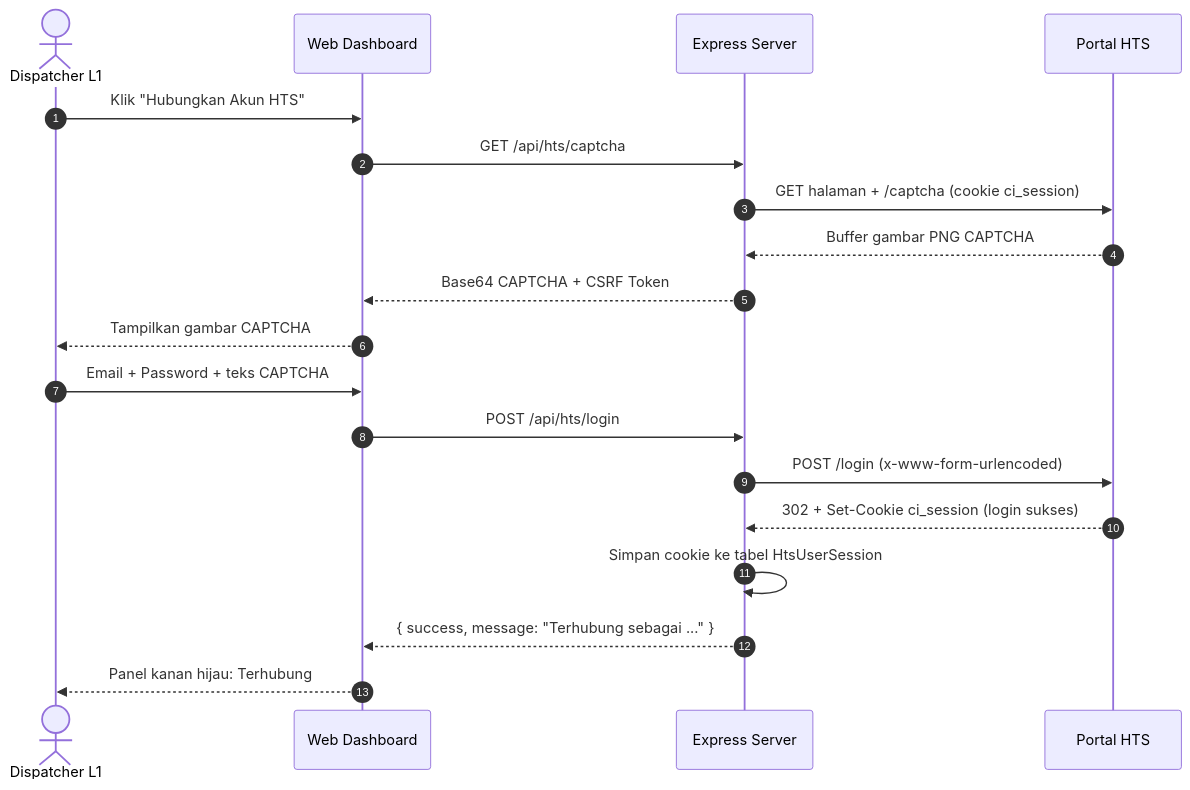
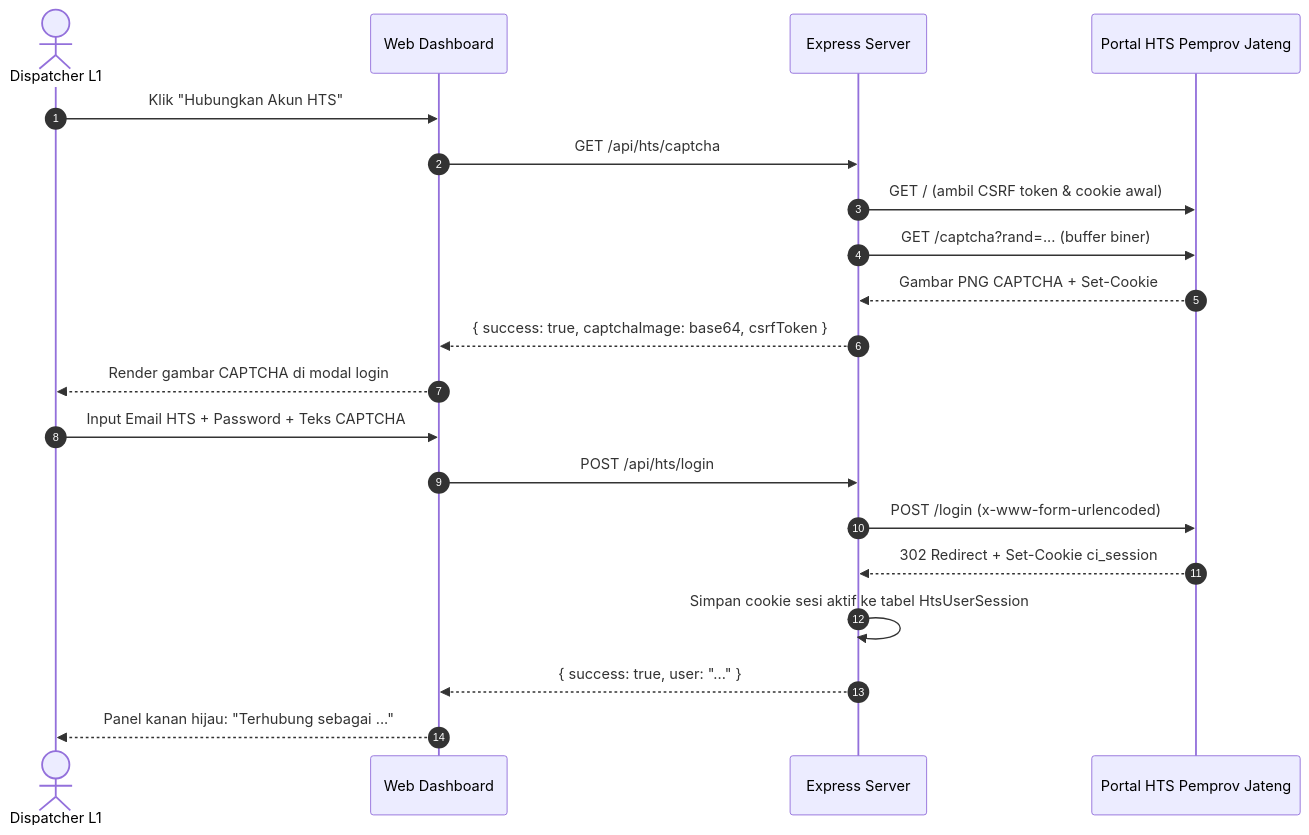
The fifth of 7 diagrams in docs/Architecture.md (llaurensius/hts-chat-integration), drawn with Mermaid before and after one commit. The commit also changed other lines of this file and 9 other files, not shown here.

````diff
--- a/docs/Architecture.md
+++ b/docs/Architecture.md
@@ -183,22 +197,23 @@
 ```mermaid
 sequenceDiagram
     autonumber
     actor P as Dispatcher L1
     participant UI as Web Dashboard
     participant BE as Express Server
-    participant HTS as Portal HTS
+    participant HTS as Portal HTS Pemprov Jateng
 
     P->>UI: Klik "Hubungkan Akun HTS"
     UI->>BE: GET /api/hts/captcha
-    BE->>HTS: GET halaman + /captcha (cookie ci_session)
-    HTS-->>BE: Buffer gambar PNG CAPTCHA
-    BE-->>UI: Base64 CAPTCHA + CSRF Token
-    UI-->>P: Tampilkan gambar CAPTCHA
-    P->>UI: Email + Password + teks CAPTCHA
+    BE->>HTS: GET / (ambil CSRF token & cookie awal)
+    BE->>HTS: GET /captcha?rand=... (buffer biner)
+    HTS-->>BE: Gambar PNG CAPTCHA + Set-Cookie
+    BE-->>UI: { success: true, captchaImage: base64, csrfToken }
+    UI-->>P: Render gambar CAPTCHA di modal login
+    P->>UI: Input Email HTS + Password + Teks CAPTCHA
     UI->>BE: POST /api/hts/login
     BE->>HTS: POST /login (x-www-form-urlencoded)
-    HTS-->>BE: 302 + Set-Cookie ci_session (login sukses)
-    BE->>BE: Simpan cookie ke tabel HtsUserSession
-    BE-->>UI: { success, message: "Terhubung sebagai ..." }
-    UI-->>P: Panel kanan hijau: Terhubung
+    HTS-->>BE: 302 Redirect + Set-Cookie ci_session
+    BE->>BE: Simpan cookie sesi aktif ke tabel HtsUserSession
+    BE-->>UI: { success: true, user: "..." }
+    UI-->>P: Panel kanan hijau: "Terhubung sebagai ..."
 ```
````
